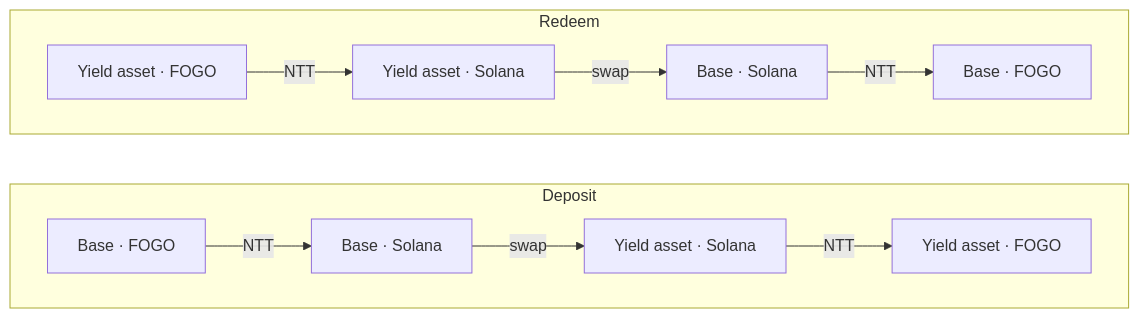
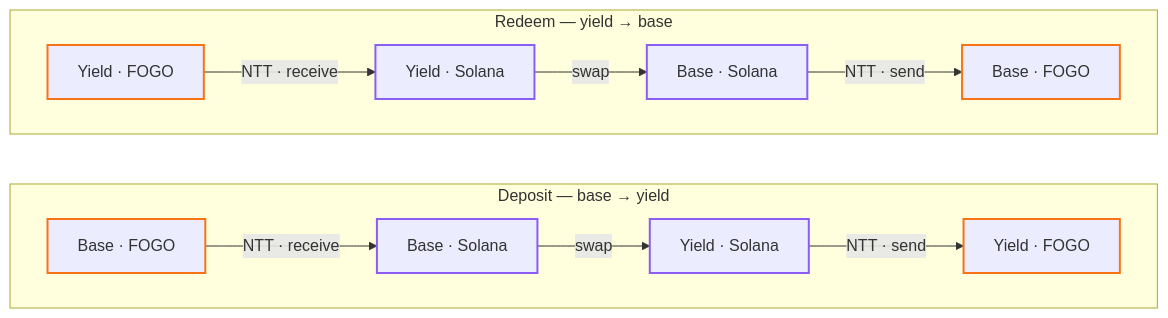
One commit to pointgroup-labs/fogo-yield changed the diagram in README.md. Above: the diagram before and after it, drawn with Mermaid.

Commit message:
docs: enhance How it works flowchart

````diff
--- a/README.md
+++ b/README.md
@@ -18,15 +18,20 @@
 ```mermaid
 flowchart LR
-    subgraph dep [Deposit]
+    subgraph dep ["Deposit — base → yield"]
         direction LR
-        A["Base · FOGO"] -->|NTT| B["Base · Solana"]
-        B -->|swap| C["Yield asset · Solana"]
-        C -->|NTT| D["Yield asset · FOGO"]
+        A["Base · FOGO"] -->|"NTT · receive"| B["Base · Solana"]
+        B -->|swap| C["Yield · Solana"]
+        C -->|"NTT · send"| D["Yield · FOGO"]
     end
-    subgraph wd [Redeem]
+    subgraph wd ["Redeem — yield → base"]
         direction LR
-        E["Yield asset · FOGO"] -->|NTT| F["Yield asset · Solana"]
+        E["Yield · FOGO"] -->|"NTT · receive"| F["Yield · Solana"]
         F -->|swap| G["Base · Solana"]
-        G -->|NTT| H["Base · FOGO"]
+        G -->|"NTT · send"| H["Base · FOGO"]
     end
+
+    classDef fogo stroke:#f97316,stroke-width:2px
+    classDef sol stroke:#8b5cf6,stroke-width:2px
+    class A,D,E,H fogo
+    class B,C,F,G sol
 ```
````
